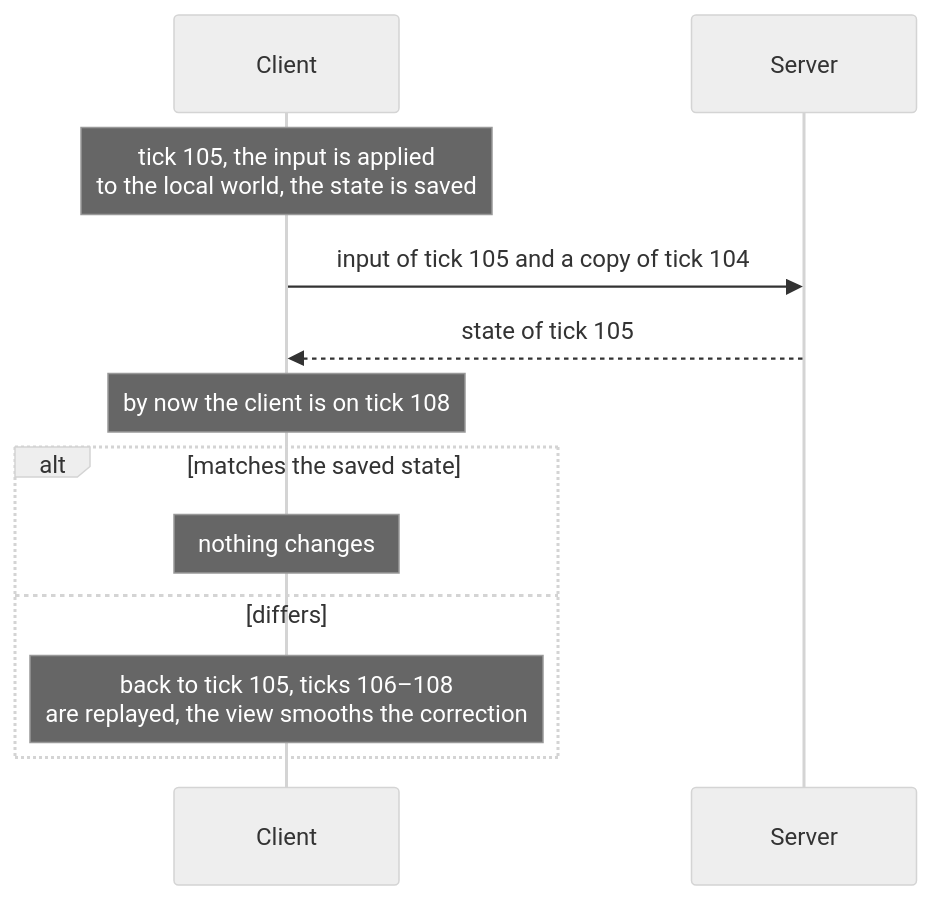
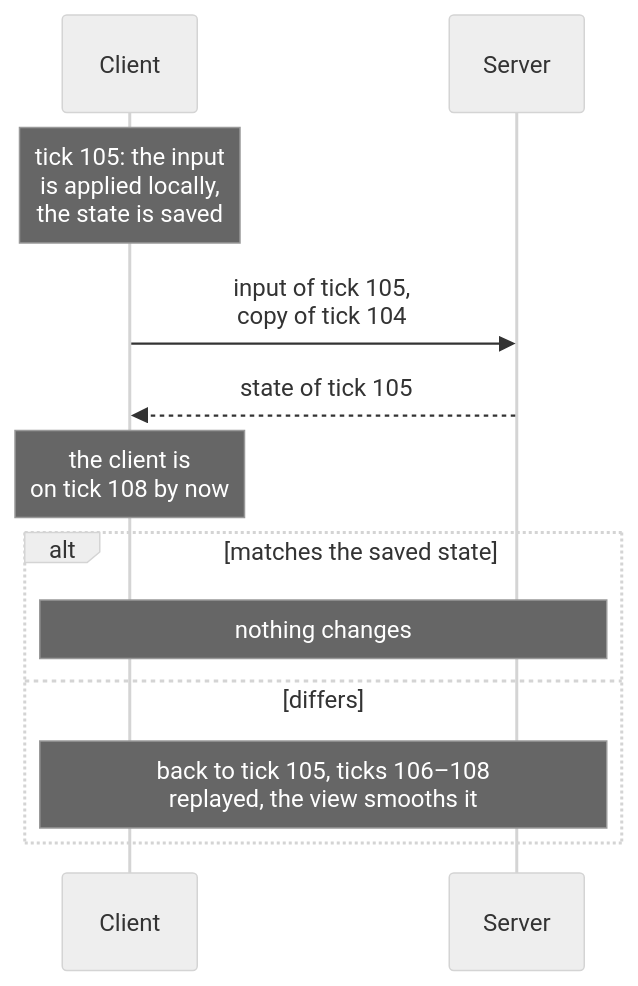
The fifth of 8 diagrams in README.md (pndte/match-please), drawn with Mermaid (neutral theme) before and after one commit. The commit also changed other lines of this file, not shown here.

````diff
--- a/README.md
+++ b/README.md
@@ -509,14 +527,20 @@
 ```mermaid
+---
+config:
+  sequence:
+    width: 90
+    actorMargin: 120
+---
 sequenceDiagram
     participant C as Client
     participant S as Server
-    Note over C: tick 105, the input is applied<br/>to the local world, the state is saved
-    C->>S: input of tick 105 and a copy of tick 104
+    Note over C: tick 105: the input<br/>is applied locally,<br/>the state is saved
+    C->>S: input of tick 105,<br/>copy of tick 104
     S-->>C: state of tick 105
-    Note over C: by now the client is on tick 108
+    Note over C: the client is<br/>on tick 108 by now
     alt matches the saved state
-        Note over C: nothing changes
+        Note over C,S: nothing changes
     else differs
-        Note over C: back to tick 105, ticks 106–108<br/>are replayed, the view smooths the correction
+        Note over C,S: back to tick 105, ticks 106–108<br/>replayed, the view smooths it
     end
 ```
````
